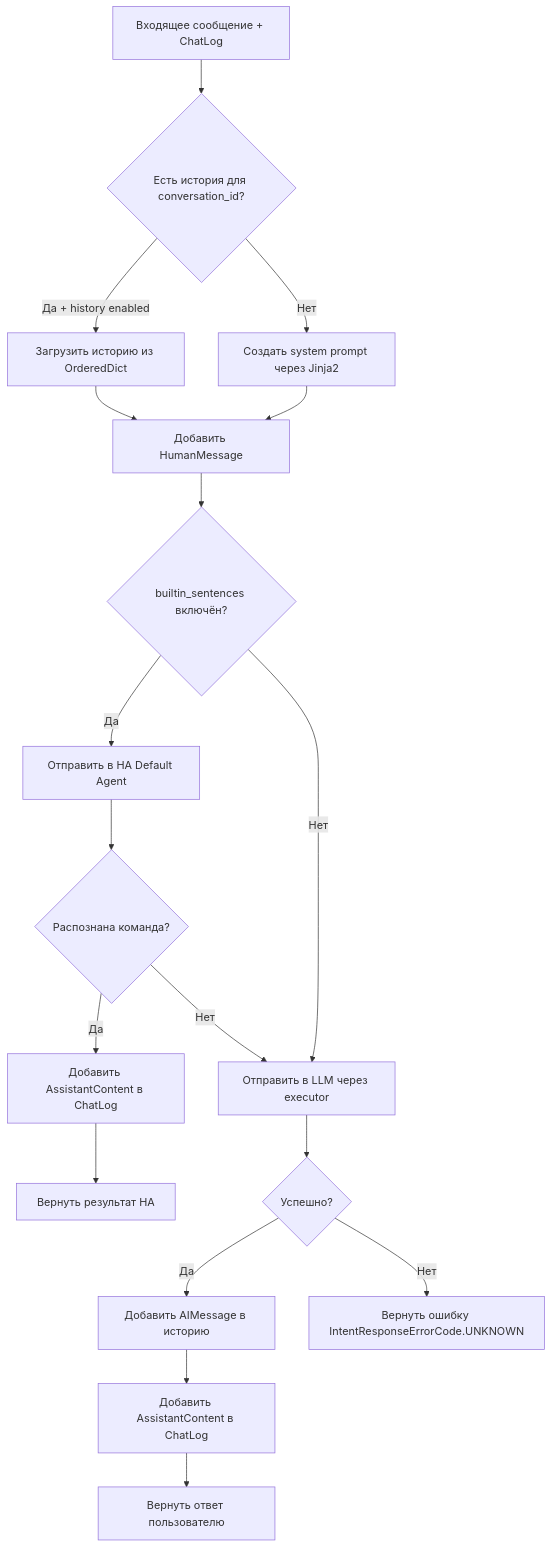
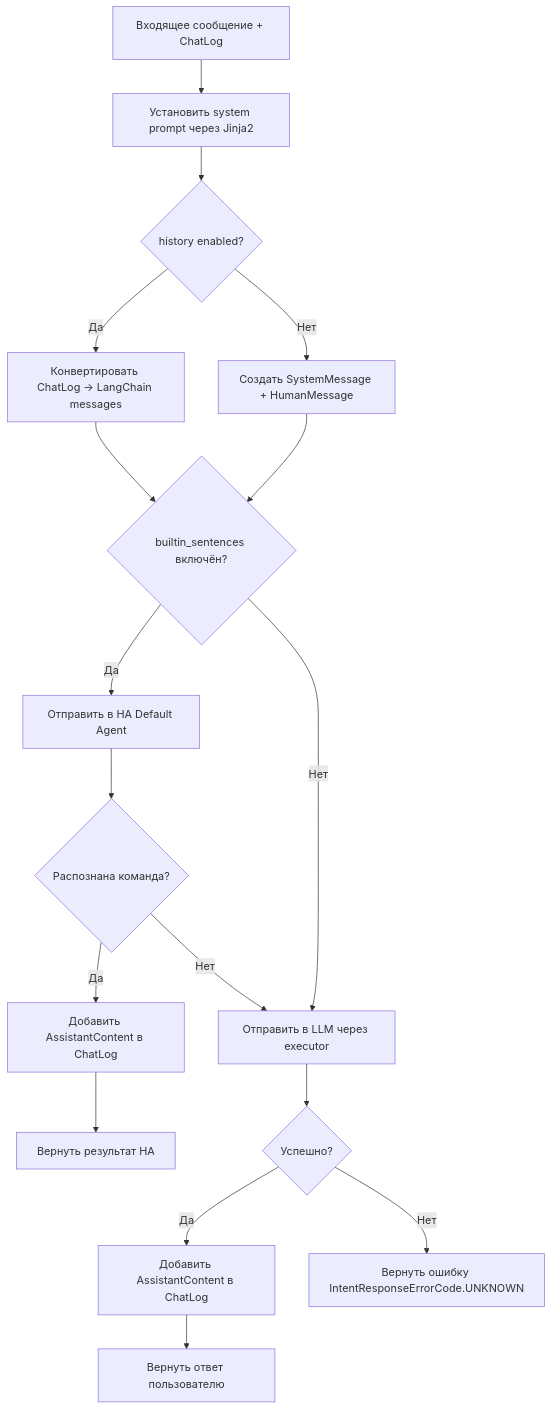
One commit to dzerik/ha-smartchain changed the fourth of 4 diagrams in docs/DOCUMENTATION.md. Above: the diagram before and after it, drawn with Mermaid. The commit also changed other lines of this file and 11 other files, not shown here.

First line of the commit message:
feat: ChatLog для истории, миграция на langchain-gigachat/langchain-openai, pytest в CI

````diff
--- a/docs/DOCUMENTATION.md
+++ b/docs/DOCUMENTATION.md
@@ -213,20 +210,19 @@
 ```mermaid
 flowchart TD
-    A[Входящее сообщение + ChatLog] --> B{Есть история для conversation_id?}
-    B -->|Да + history enabled| C[Загрузить историю из OrderedDict]
-    B -->|Нет| D[Создать system prompt через Jinja2]
-    C --> E[Добавить HumanMessage]
-    D --> E
-    E --> F{builtin_sentences включён?}
+    A[Входящее сообщение + ChatLog] --> B[Установить system prompt через Jinja2]
+    B --> C{history enabled?}
+    C -->|Да| D[Конвертировать ChatLog → LangChain messages]
+    C -->|Нет| E[Создать SystemMessage + HumanMessage]
+    D --> F{builtin_sentences включён?}
+    E --> F
     F -->|Да| G[Отправить в HA Default Agent]
     G --> H{Распознана команда?}
     H -->|Да| I[Добавить AssistantContent в ChatLog]
     I --> J[Вернуть результат HA]
     H -->|Нет| K[Отправить в LLM через executor]
     F -->|Нет| K
     K --> L{Успешно?}
-    L -->|Да| M[Добавить AIMessage в историю]
-    M --> N[Добавить AssistantContent в ChatLog]
-    N --> O[Вернуть ответ пользователю]
-    L -->|Нет| P[Вернуть ошибку IntentResponseErrorCode.UNKNOWN]
+    L -->|Да| M[Добавить AssistantContent в ChatLog]
+    M --> N[Вернуть ответ пользователю]
+    L -->|Нет| O[Вернуть ошибку IntentResponseErrorCode.UNKNOWN]
 ```
````
